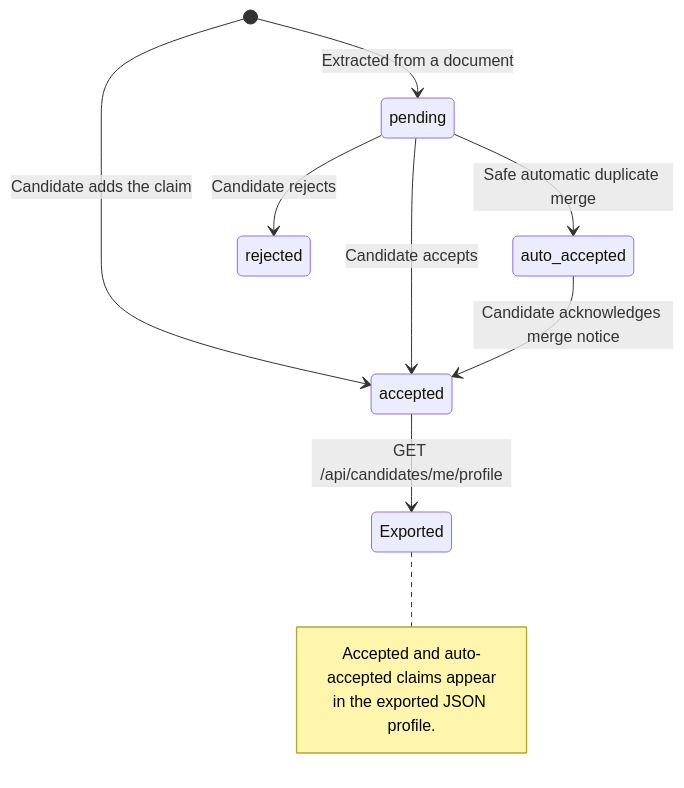
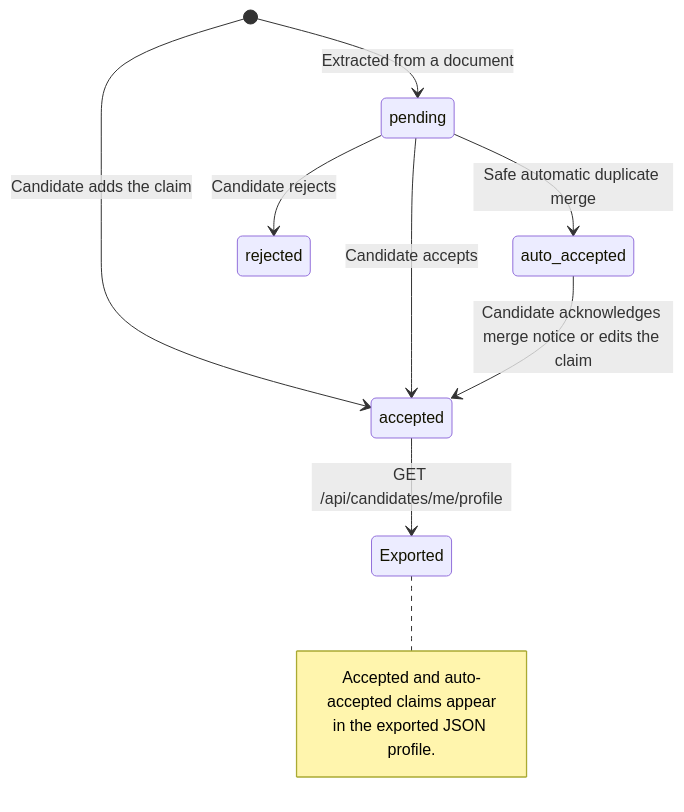
The second of 2 diagrams in docs/modules/candidates.md (cv-parser-team/Backend), drawn with Mermaid before and after one commit. The commit also changed other lines of this file and 17 other files, not shown here.

First line of the commit message:
fix(candidates): respect different decisions in auto-merge, cascade merged duplicates, and fail CV processing early without a profile

````diff
--- a/docs/modules/candidates.md
+++ b/docs/modules/candidates.md
@@ -141,14 +146,14 @@
 ```mermaid
 stateDiagram-v2
     [*] --> accepted: Candidate adds the claim
     [*] --> pending: Extracted from a document
     pending --> accepted: Candidate accepts
     pending --> auto_accepted: Safe automatic duplicate merge
-    auto_accepted --> accepted: Candidate acknowledges merge notice
+    auto_accepted --> accepted: Candidate acknowledges merge notice or edits the claim
     pending --> rejected: Candidate rejects
     accepted --> Exported: GET /api/candidates/me/profile
     note right of Exported
         Accepted and auto-accepted claims appear
         in the exported JSON profile.
     end note
 ```
````
